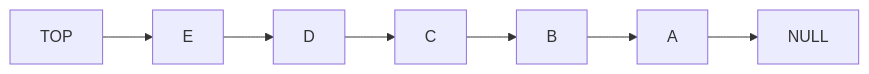
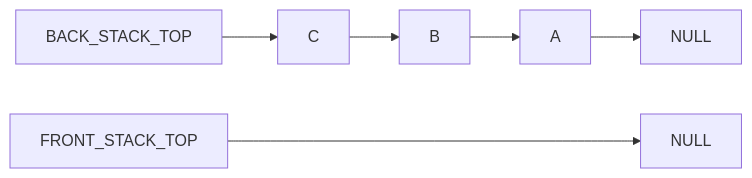
The tenth of 13 diagrams in javascript/code-challenges/stack-queue-pseudo/README.md (rmccrear/data-structures-and-algorithms), drawn with Mermaid before and after one commit. The commit also changed other lines of this file and 1 other file, not shown here.

````diff
--- a/javascript/code-challenges/stack-queue-pseudo/README.md
+++ b/javascript/code-challenges/stack-queue-pseudo/README.md
@@ -47,4 +129,7 @@
 ```mermaid
     graph LR
-    TOP-->E-->D-->C-->B-->A-->NULL
+
+    BACK_STACK_TOP --> C --> B --> A --> BTAIL[NULL]
+    FRONT_STACK_TOP  ----->  FTAIL[NULL]
+
 ```
````
